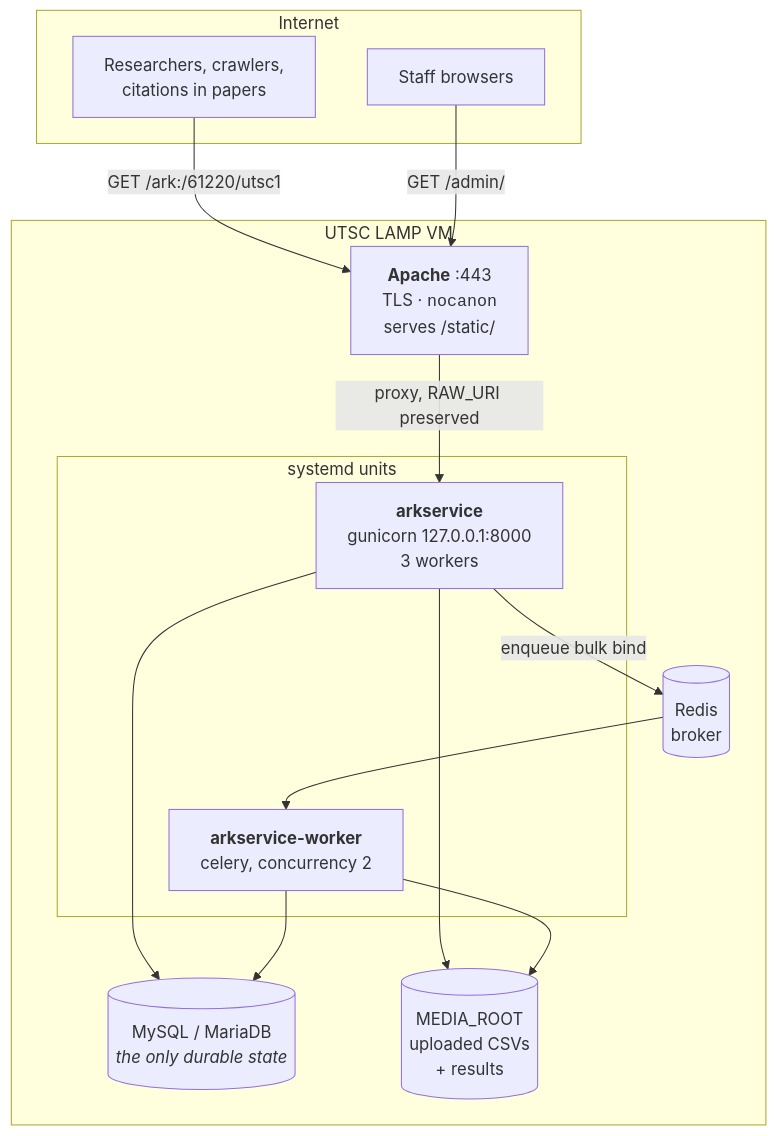
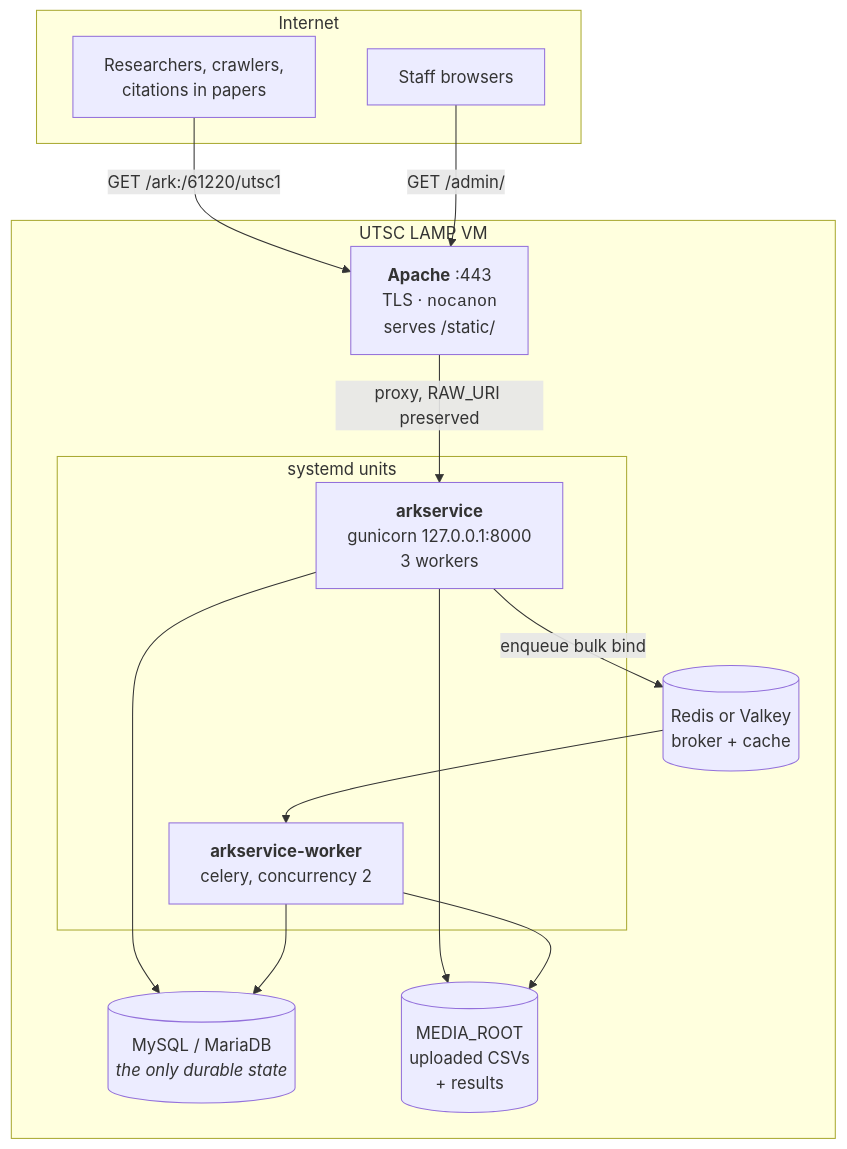
Before and after one commit to digitalutsc/arks-service: the second of 11 diagrams in README_EXTENDED.md, drawn with Mermaid. The commit also changed other lines of this file and 10 other files, not shown here.

First line of the commit message:
Support a remote MySQL and Redis or Valkey in production

````diff
--- a/README_EXTENDED.md
+++ b/README_EXTENDED.md
@@ -77,30 +77,30 @@
 ```mermaid
 flowchart TB
     subgraph WORLD["Internet"]
         U["Researchers, crawlers,<br/>citations in papers"]
         S["Staff browsers"]
     end
 
     subgraph VM["UTSC LAMP VM"]
         AP["<b>Apache</b> :443<br/>TLS · <code>nocanon</code><br/>serves /static/"]
 
         subgraph SYSTEMD["systemd units"]
             GU["<b>arkservice</b><br/>gunicorn 127.0.0.1:8000<br/>3 workers"]
             CW["<b>arkservice-worker</b><br/>celery, concurrency 2"]
         end
 
-        RD[("Redis<br/>broker")]
+        RD[("Redis or Valkey<br/>broker + cache")]
         DB[("MySQL / MariaDB<br/><i>the only durable state</i>")]
         MED[("MEDIA_ROOT<br/>uploaded CSVs<br/>+ results")]
     end
 
     U -->|"GET /ark:/61220/utsc1"| AP
     S -->|"GET /admin/"| AP
     AP -->|"proxy, RAW_URI preserved"| GU
     GU --> DB
     GU -->|"enqueue bulk bind"| RD
     RD --> CW
     CW --> DB
     GU --> MED
     CW --> MED
 ```
````
